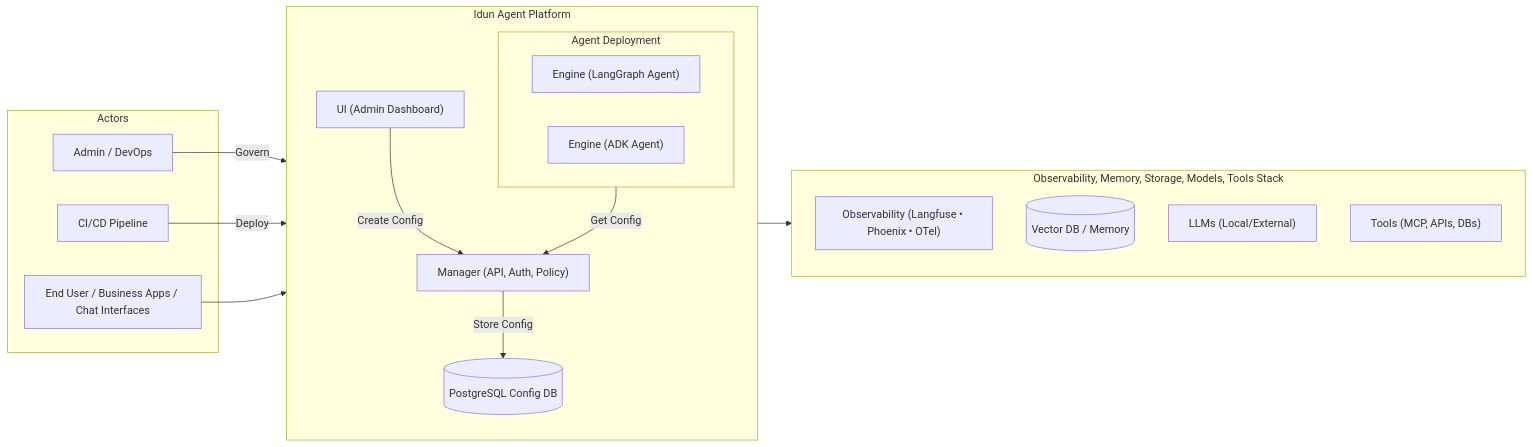
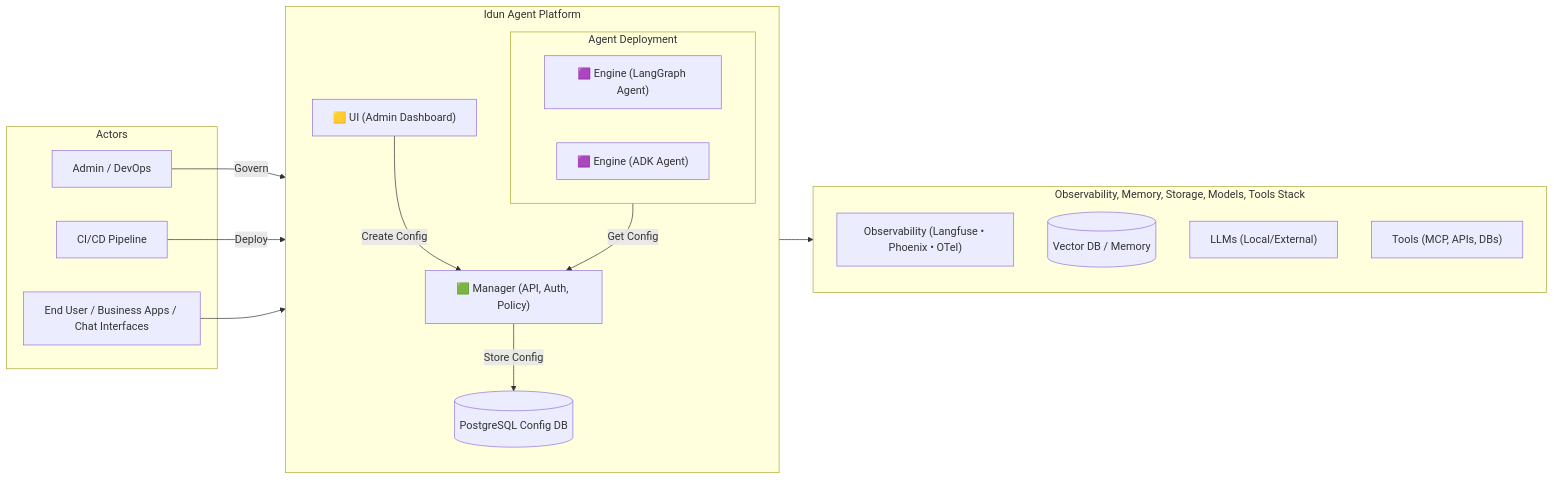
The diagram in README.md (Idun-Group/idun-agent-platform), drawn with Mermaid before and after one commit. The commit also changed other lines of this file and 17145 other files, not shown here.

````diff
--- a/README.md
+++ b/README.md
@@ -251,45 +250,45 @@
 ```mermaid
 flowchart LR
   subgraph Actors["Actors"]
     ChatUI["End User / Business Apps / Chat Interfaces"]
     Admin["Admin / DevOps"]
     CICD["CI/CD Pipeline"]
   end
 
   subgraph Idun_Platform["Idun Agent Platform"]
     direction TB
-    UI["UI (Admin Dashboard)"]
-    MGR["Manager (API, Auth, Policy)"]
+    UI["🟨 UI (Admin Dashboard)"]
+    MGR["🟩 Manager (API, Auth, Policy)"]
 
     subgraph Agents["Agent Deployment"]
-      ENG1["Engine (LangGraph Agent)"]
-      ENG2["Engine (ADK Agent)"]
+      ENG1["🟪 Engine (LangGraph Agent)"]
+      ENG2["🟪 Engine (ADK Agent)"]
     end
 
     CFGDB[(PostgreSQL Config DB)]
   end
 
   subgraph Stack["Observability, Memory, Storage, Models, Tools Stack"]
     OBS["Observability (Langfuse • Phoenix • OTel)"]
     VDB[(Vector DB / Memory)]
     LLM["LLMs (Local/External)"]
     TOOLS["Tools (MCP, APIs, DBs)"]
   end
 
   %% Admin Governance Flow
   Admin -- "Govern" --> UI
   UI -- "Create Config" --> MGR
   MGR -- "Store Config" --> CFGDB
 
   %% Engines Fetching Config
   Agents -- "Get Config" --> MGR
 
   %% CI/CD Deploying Agents
   CICD -- "Deploy" --> Agents
 
   %% End User Flow
   ChatUI --> Agents
 
   %% Engine External Connections
   Agents --> Stack
 ```
````
